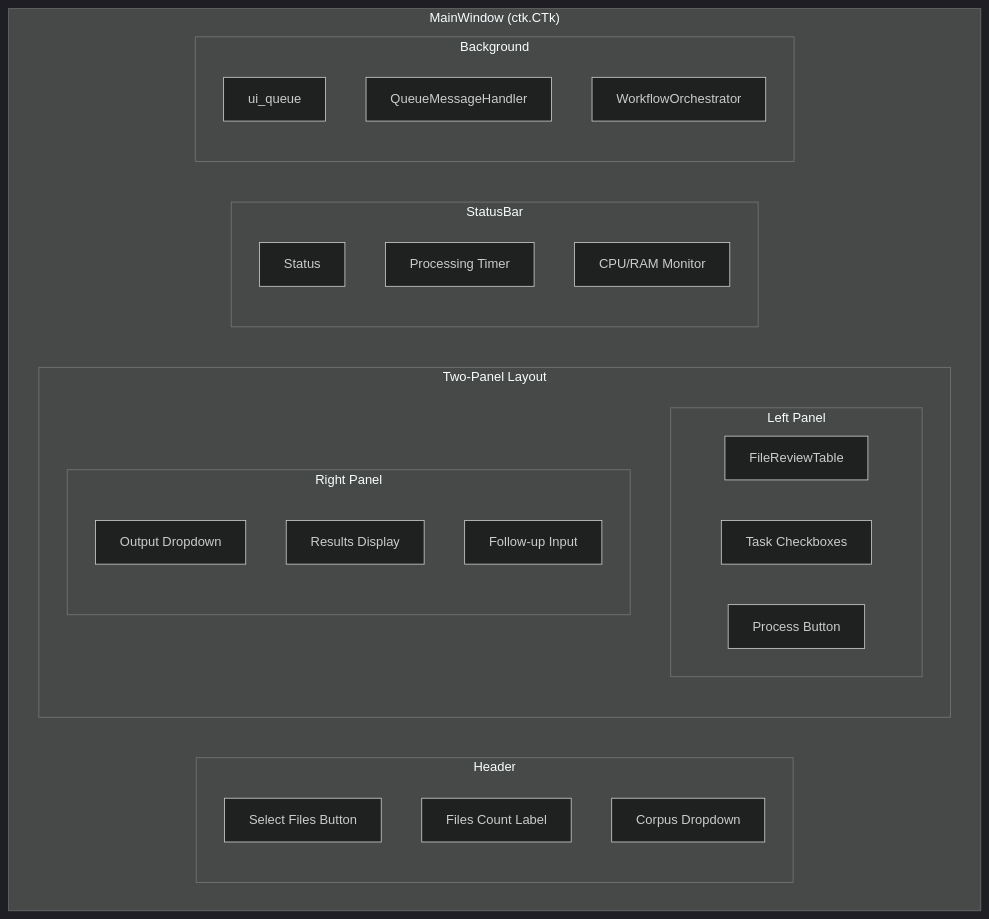
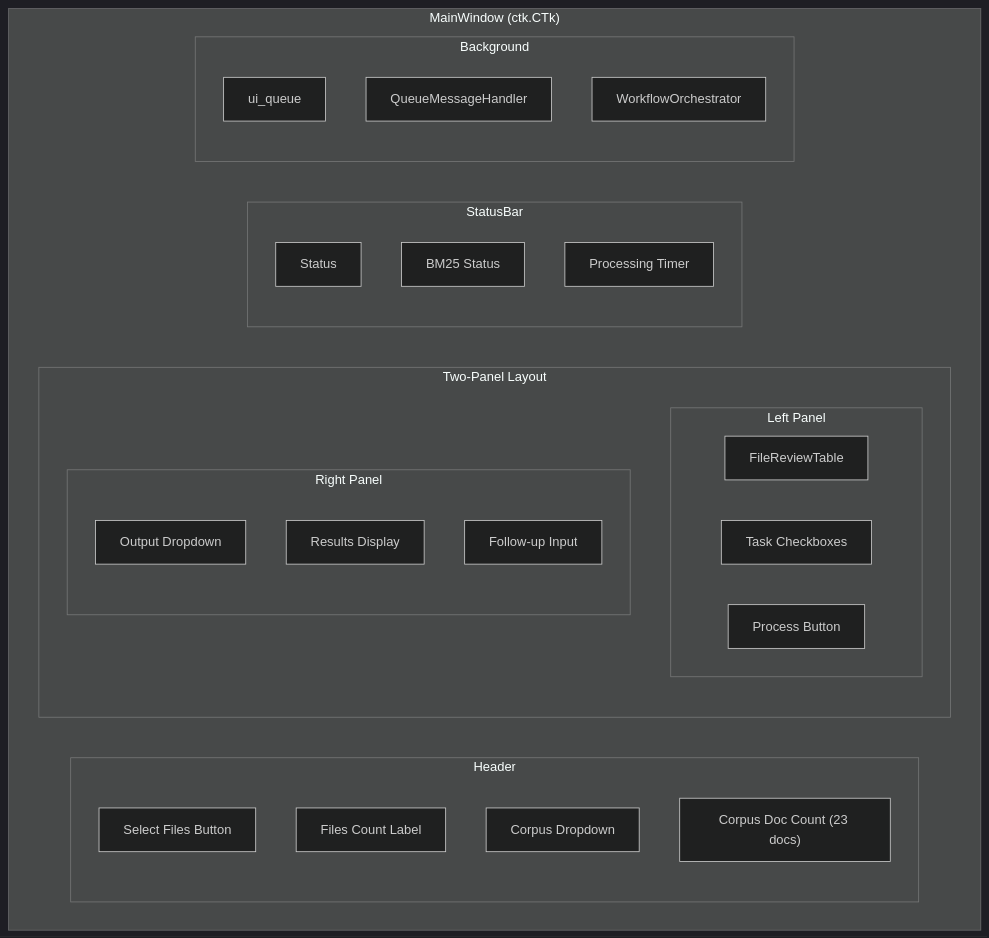
Before and after one commit to caseprepd-app/CaseSummarizer: the second of 8 diagrams in ARCHITECTURE.md, drawn with Mermaid (dark theme).

Commit message:
docs: Update ARCHITECTURE.md with corpus status indicator
- Added corpus doc count badge to header diagram
- Added BM25 status to status bar diagram

🤖 Generated with [Claude Code](https://claude.com/claude-code)

````diff
--- a/ARCHITECTURE.md
+++ b/ARCHITECTURE.md
@@ -172,35 +172,36 @@
 ```mermaid
 flowchart TB
     subgraph MainWindow["MainWindow (ctk.CTk)"]
         subgraph Header
             SelectFiles["Select Files Button"]
             FileCount["Files Count Label"]
             CorpusSelect["Corpus Dropdown"]
+            CorpusCount["Corpus Doc Count (23 docs)"]
         end
 
         subgraph Panels["Two-Panel Layout"]
             subgraph Left["Left Panel"]
                 FileTable["FileReviewTable"]
                 TaskCheckboxes["Task Checkboxes"]
                 ProcessBtn["Process Button"]
             end
             subgraph Right["Right Panel"]
                 OutputSelector["Output Dropdown"]
                 ResultsView["Results Display"]
                 FollowupInput["Follow-up Input"]
             end
         end
 
         subgraph StatusBar
             StatusLabel["Status"]
+            CorpusInfo["BM25 Status"]
             Timer["Processing Timer"]
-            SysMon["CPU/RAM Monitor"]
         end
 
         subgraph Background["Background"]
             Queue["ui_queue"]
             Handler["QueueMessageHandler"]
             Orchestrator["WorkflowOrchestrator"]
         end
     end
 ```
````
